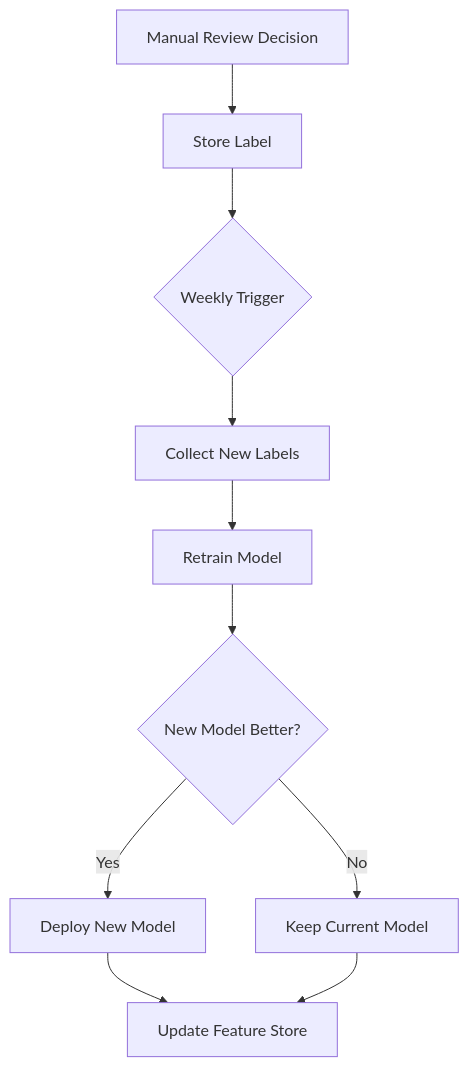
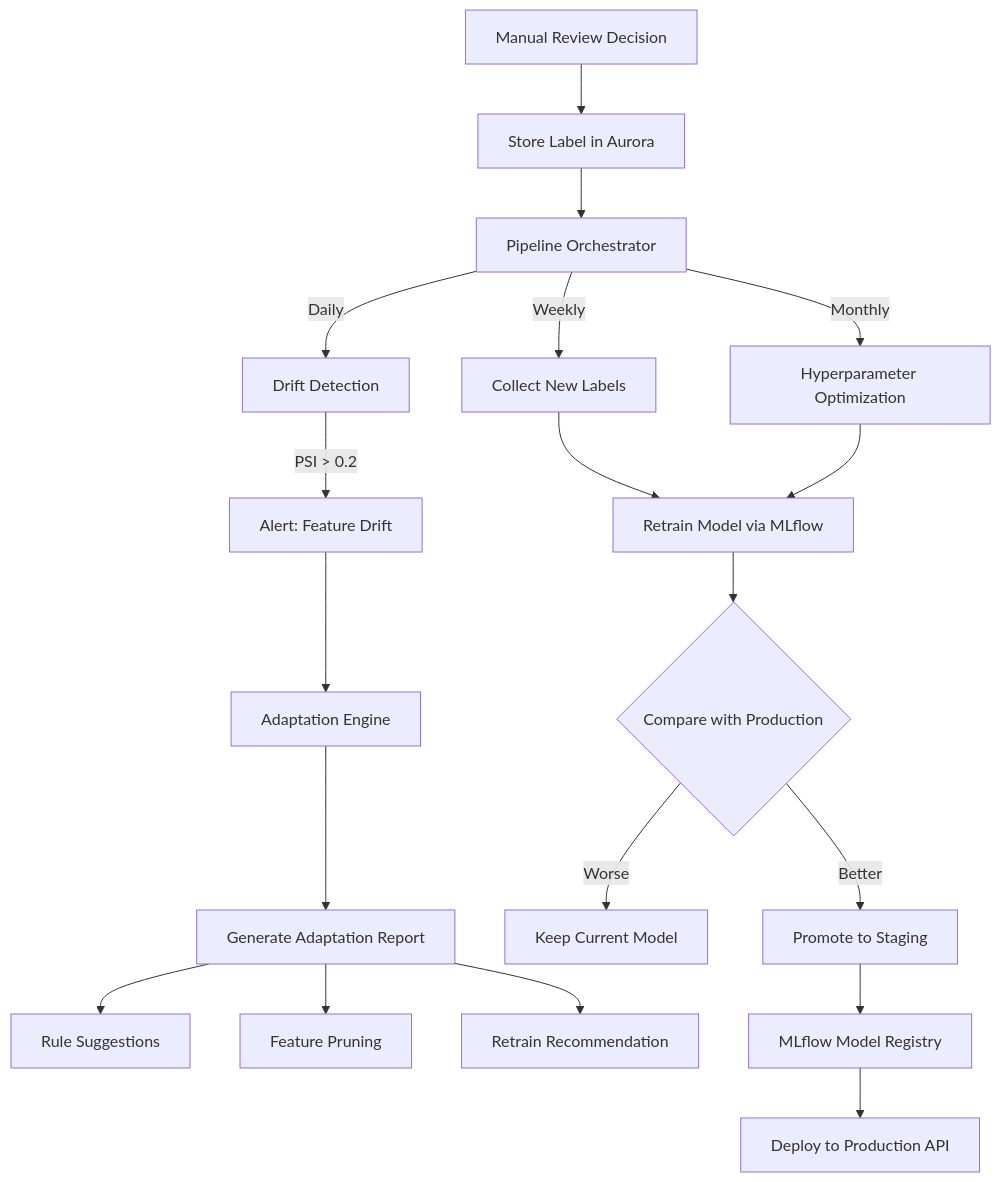
One commit to dylanngn/ppa-fraud-notebook changed the fourth of 5 diagrams in docs/integration_architecture.md. Above: the diagram before and after it, drawn with Mermaid. The commit also changed other lines of this file and 2 other files, not shown here.

````diff
--- a/docs/integration_architecture.md
+++ b/docs/integration_architecture.md
@@ -586,12 +588,26 @@
 ```mermaid
 graph TB
-    A[Manual Review Decision] --> B[Store Label]
-    B --> C{Weekly Trigger}
-    C --> D[Collect New Labels]
-    D --> E[Retrain Model]
-    E --> F{New Model Better?}
-    F -->|Yes| G[Deploy New Model]
-    F -->|No| H[Keep Current Model]
-    G --> I[Update Feature Store]
-    H --> I
+    A[Manual Review Decision] --> B[Store Label in Aurora]
+    B --> C[Pipeline Orchestrator]
+    
+    C -->|Daily| D[Drift Detection]
+    D -->|PSI > 0.2| E[Alert: Feature Drift]
+    E --> F[Adaptation Engine]
+    
+    C -->|Weekly| G[Collect New Labels]
+    G --> H[Retrain Model via MLflow]
+    H --> I{Compare with Production}
+    I -->|Better| J[Promote to Staging]
+    I -->|Worse| K[Keep Current Model]
+    
+    C -->|Monthly| L[Hyperparameter Optimization]
+    L --> H
+    
+    F --> M[Generate Adaptation Report]
+    M --> N[Rule Suggestions]
+    M --> O[Feature Pruning]
+    M --> P[Retrain Recommendation]
+    
+    J --> Q[MLflow Model Registry]
+    Q --> R[Deploy to Production API]
 ```
````
